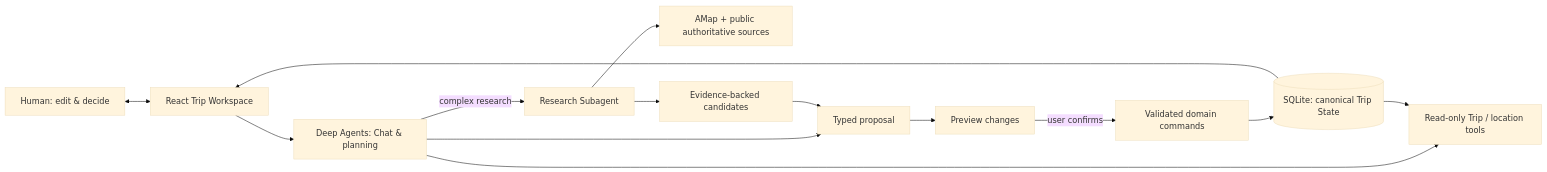
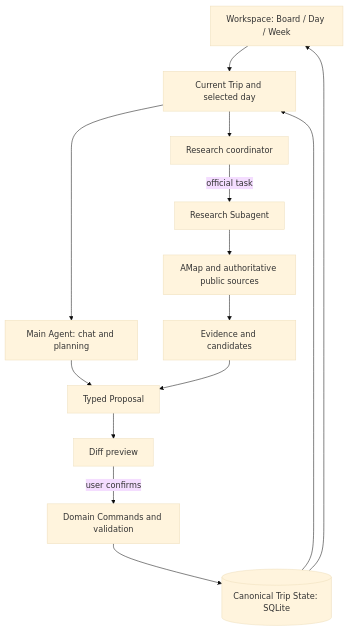
The diagram in README.md (Yiping-Nash/BrandonTravel), drawn with Mermaid (base theme) before and after one commit. The commit also changed other lines of this file and 1 other file, not shown here.

Commit message:
Refine bilingual README around the travel planning product journey

````diff
--- a/README.md
+++ b/README.md
@@ -49,16 +94,16 @@
 ```mermaid
-flowchart LR
-    Human[Human: edit & decide] <--> UI[React Trip Workspace]
-    UI --> Main[Deep Agents: Chat & planning]
-    Main -->|complex research| Research[Research Subagent]
-    Main --> Read[Read-only Trip / location tools]
-    Research --> Sources[AMap + public authoritative sources]
-    Research --> Evidence[Evidence-backed candidates]
-    Main --> Proposal[Typed proposal]
+flowchart TB
+    UI[Workspace: Board / Day / Week] --> Context[Current Trip and selected day]
+    Trip[(Canonical Trip State: SQLite)] --> Context
+    Context --> Main[Main Agent: chat and planning]
+    Context --> Coordinator[Research coordinator]
+    Coordinator -->|official task| Research[Research Subagent]
+    Research --> Sources[AMap and authoritative public sources]
+    Sources --> Evidence[Evidence and candidates]
+    Main --> Proposal[Typed Proposal]
     Evidence --> Proposal
-    Proposal --> Diff[Preview changes]
-    Diff -->|user confirms| Domain[Validated domain commands]
-    Domain --> DB[(SQLite: canonical Trip State)]
-    DB --> UI
-    DB --> Read
+    Proposal --> Diff[Diff preview]
+    Diff -->|user confirms| Domain[Domain Commands and validation]
+    Domain --> Trip
+    Trip --> UI
 ```
````
